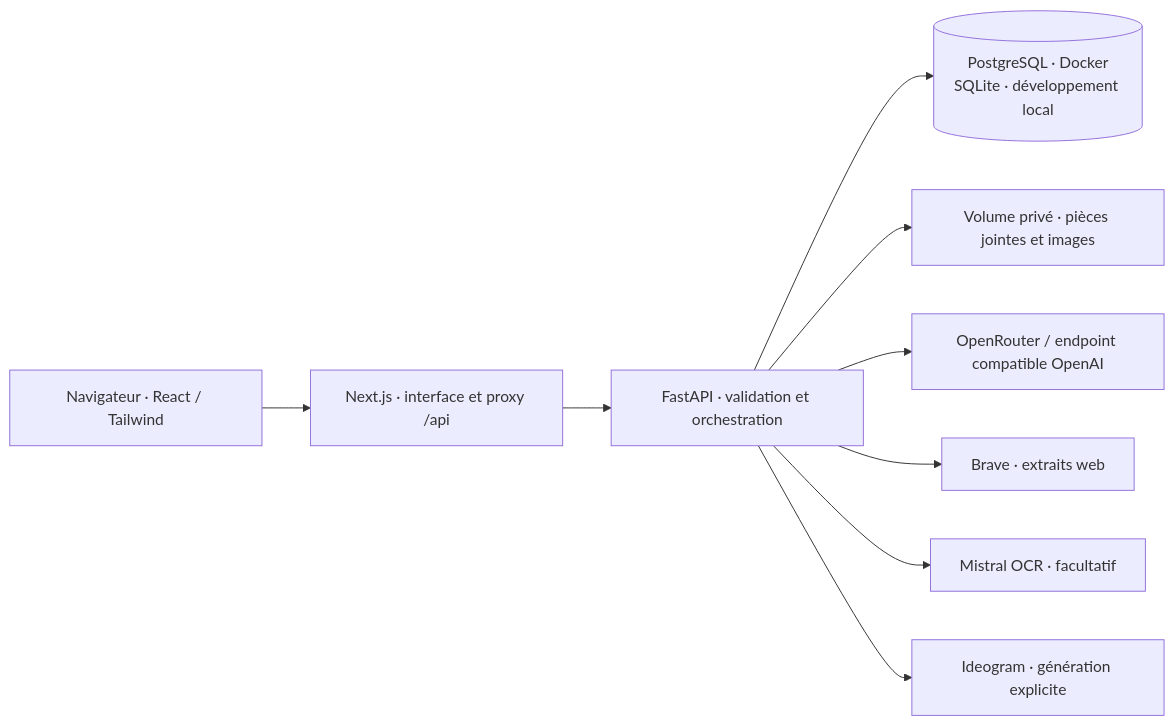
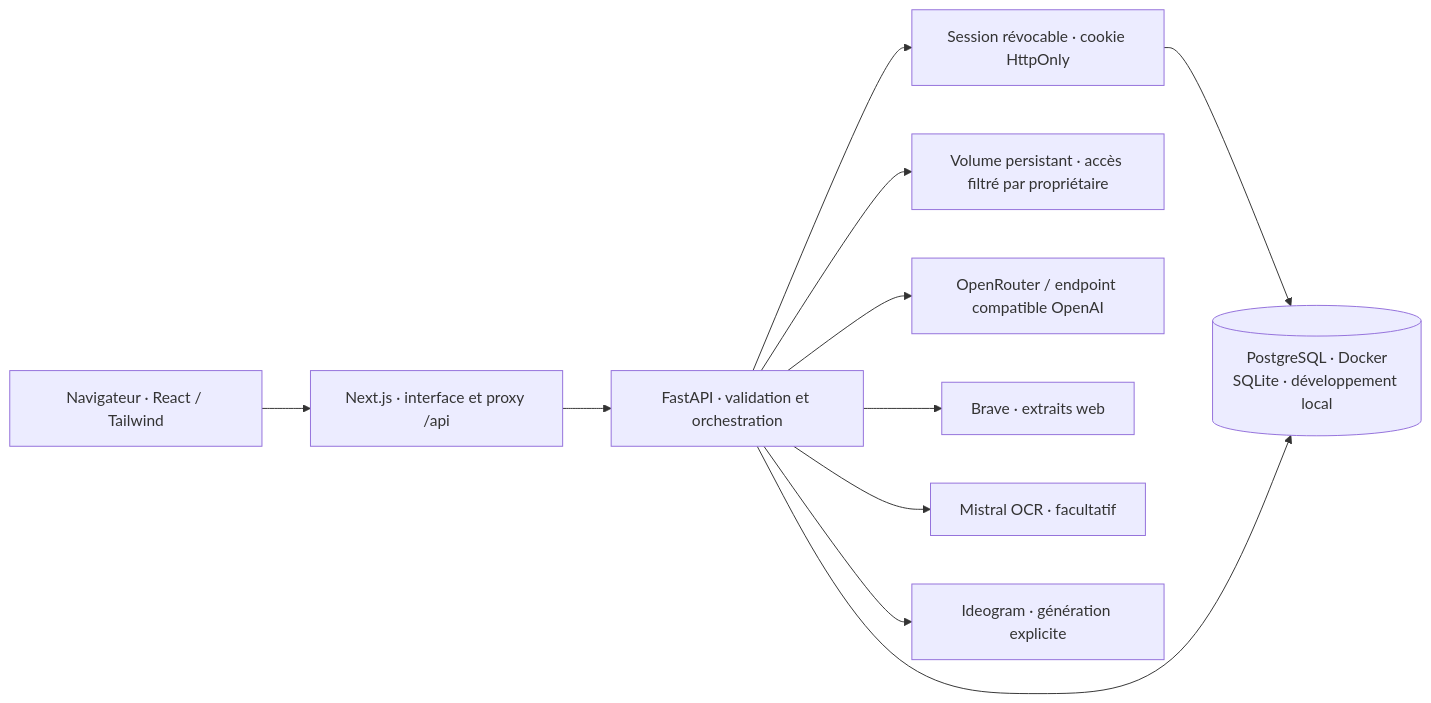
Before and after one commit to monpseudoestpris/tchataiperso: the diagram in docs/architecture.md, drawn with Mermaid. The commit also changed other lines of this file and 31 other files, not shown here.

````diff
--- a/docs/architecture.md
+++ b/docs/architecture.md
@@ -3,11 +3,13 @@
 ```mermaid
 flowchart LR
     Browser["Navigateur · React / Tailwind"] --> Next["Next.js · interface et proxy /api"]
     Next --> FastAPI["FastAPI · validation et orchestration"]
-    FastAPI --> DB[("PostgreSQL · Docker\nSQLite · développement local")]
-    FastAPI --> Files["Volume privé · pièces jointes et images"]
+    FastAPI --> Auth["Session révocable · cookie HttpOnly"]
+    Auth --> DB[("PostgreSQL · Docker\nSQLite · développement local")]
+    FastAPI --> DB
+    FastAPI --> Files["Volume persistant · accès filtré par propriétaire"]
     FastAPI --> LLM["OpenRouter / endpoint compatible OpenAI"]
     FastAPI --> Brave["Brave · extraits web"]
     FastAPI --> OCR["Mistral OCR · facultatif"]
     FastAPI --> Ideogram["Ideogram · génération explicite"]
 ```
````
